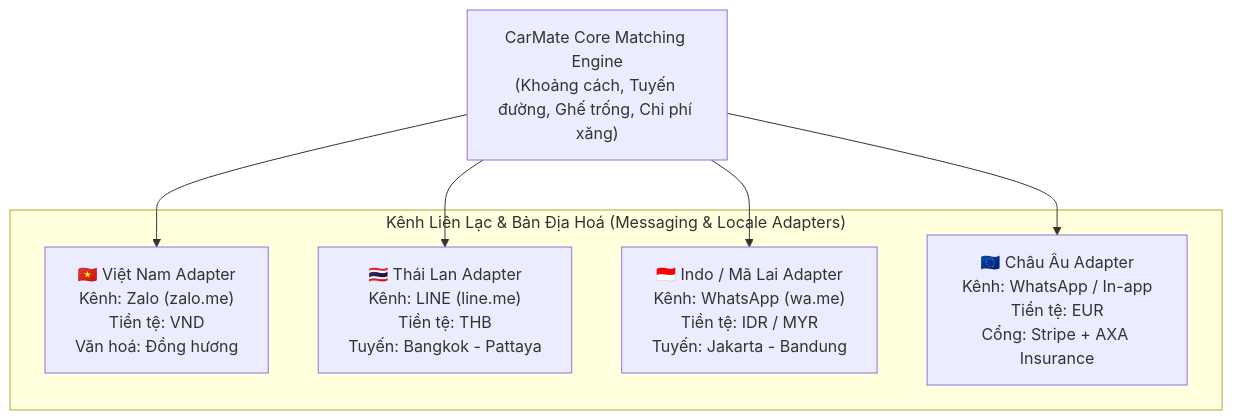
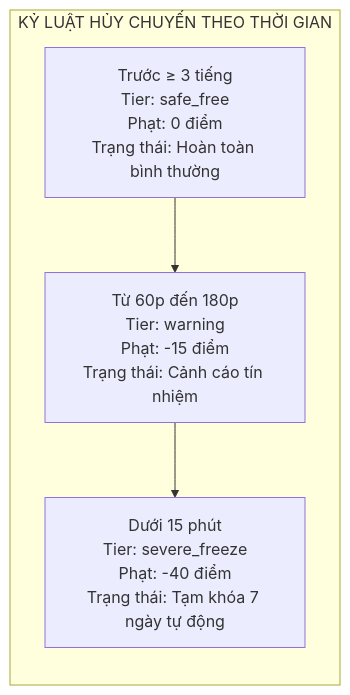
The fourth of 5 diagrams in ARCHITECTURE.md (brianhuynh2021/carmate), drawn with Mermaid before and after one commit. The commit also changed other lines of this file, not shown here.

Commit message:
docs: overhaul system architecture and document mathematical foundations for Level 3 engine

````diff
--- a/ARCHITECTURE.md
+++ b/ARCHITECTURE.md
@@ -250,16 +271,9 @@
 ```mermaid
-graph TD
-    Core["CarMate Core Matching Engine<br>(Khoảng cách, Tuyến đường, Ghế trống, Chi phí xăng)"]
-
-    subgraph ADAPTERS ["Kênh Liên Lạc & Bản Địa Hoá (Messaging & Locale Adapters)"]
-        VN["🇻🇳 Việt Nam Adapter<br>Kênh: Zalo (zalo.me)<br>Tiền tệ: VND<br>Văn hoá: Đồng hương"]
-        TH["🇹🇭 Thái Lan Adapter<br>Kênh: LINE (line.me)<br>Tiền tệ: THB<br>Tuyến: Bangkok - Pattaya"]
-        ID["🇮🇩 Indo / Mã Lai Adapter<br>Kênh: WhatsApp (wa.me)<br>Tiền tệ: IDR / MYR<br>Tuyến: Jakarta - Bandung"]
-        EU["🇪🇺 Châu Âu Adapter<br>Kênh: WhatsApp / In-app<br>Tiền tệ: EUR<br>Cổng: Stripe + AXA Insurance"]
+graph LR
+    subgraph TIME_DECAY ["KỶ LUẬT HỦY CHUYẾN THEO THỜI GIAN"]
+        T1["Trước ≥ 3 tiếng<br>Tier: safe_free<br>Phạt: 0 điểm<br>Trạng thái: Hoàn toàn bình thường"]
+        T2["Từ 60p đến 180p<br>Tier: warning<br>Phạt: -15 điểm<br>Trạng thái: Cảnh cáo tín nhiệm"]
+        T3["Dưới 15 phút<br>Tier: severe_freeze<br>Phạt: -40 điểm<br>Trạng thái: Tạm khóa 7 ngày tự động"]
     end
-
-    Core --> VN
-    Core --> TH
-    Core --> ID
-    Core --> EU
+    T1 --> T2 --> T3
 ```
````
